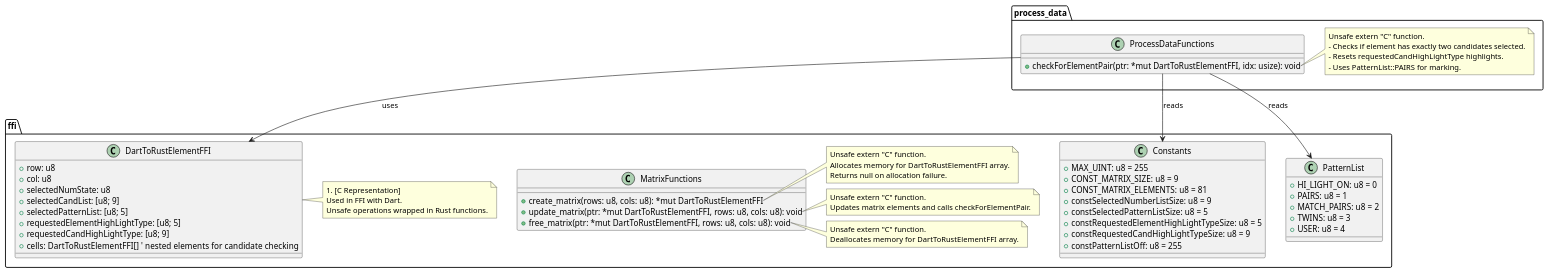
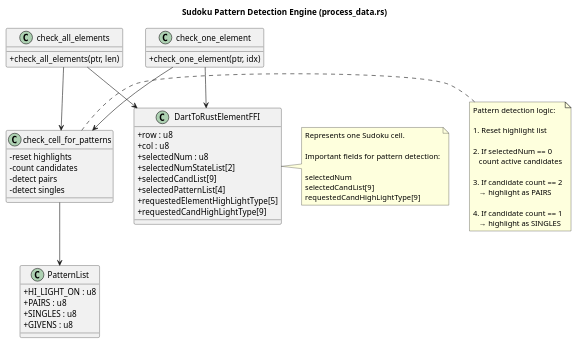
One commit to MirkoThulke/Dart_Flutter_Sudoku changed the diagram in rust/rust_lib/src/process_data.puml. Above: the diagram before and after it, drawn with PlantUML. The commit also changed 42 other files, not shown here.

Commit message:
Doc: PlantUml update

```diff
--- a/rust/rust_lib/src/process_data.puml
+++ b/rust/rust_lib/src/process_data.puml
@@ -1,85 +1,93 @@
 @startuml
+title Sudoku Pattern Detection Engine (process_data.rs)
 
-package ffi {
+skinparam classAttributeIconSize 0
+skinparam shadowing false
 
-  ' FFI struct representing a matrix element
-  class DartToRustElementFFI {
-    +row: u8
-    +col: u8
-    +selectedNumState: u8
-    +selectedCandList: [u8; 9]
-    +selectedPatternList: [u8; 5]
-    +requestedElementHighLightType: [u8; 5]
-    +requestedCandHighLightType: [u8; 9]
-    +cells: DartToRustElementFFI[]  ' nested elements for candidate checking
-  }
+' =========================================================
+' FFI DATA STRUCTURE
+' =========================================================
 
-  note right of DartToRustElementFFI
-    #[C Representation]
-    Used in FFI with Dart.
-    Unsafe operations wrapped in Rust functions.
-  end note
-
-  class Constants {
-    +MAX_UINT: u8 = 255
-    +CONST_MATRIX_SIZE: u8 = 9
-    +CONST_MATRIX_ELEMENTS: u8 = 81
-    +constSelectedNumberListSize: u8 = 9
-    +constSelectedPatternListSize: u8 = 5
-    +constRequestedElementHighLightTypeSize: u8 = 5
-    +constRequestedCandHighLightTypeSize: u8 = 9
-    +constPatternListOff: u8 = 255
-  }
-
-  class PatternList {
-    +HI_LIGHT_ON: u8 = 0
-    +PAIRS: u8 = 1
-    +MATCH_PAIRS: u8 = 2
-    +TWINS: u8 = 3
-    +USER: u8 = 4
-  }
-
-  class MatrixFunctions {
-    +create_matrix(rows: u8, cols: u8): *mut DartToRustElementFFI
-    +update_matrix(ptr: *mut DartToRustElementFFI, rows: u8, cols: u8): void
-    +free_matrix(ptr: *mut DartToRustElementFFI, rows: u8, cols: u8): void
-  }
-
-  note right of MatrixFunctions::create_matrix
-    Unsafe extern "C" function.
-    Allocates memory for DartToRustElementFFI array.
-    Returns null on allocation failure.
-  end note
-
-  note right of MatrixFunctions::update_matrix
-    Unsafe extern "C" function.
-    Updates matrix elements and calls checkForElementPair.
-  end note
-
-  note right of MatrixFunctions::free_matrix
-    Unsafe extern "C" function.
-    Deallocates memory for DartToRustElementFFI array.
-  end note
+class DartToRustElementFFI {
+  + row : u8
+  + col : u8
+  + selectedNum : u8
+  + selectedNumStateList[2]
+  + selectedCandList[9]
+  + selectedPatternList[4]
+  + requestedElementHighLightType[5]
+  + requestedCandHighLightType[9]
 }
 
-package process_data {
+note right of DartToRustElementFFI
+Represents one Sudoku cell.
 
-  class ProcessDataFunctions {
-    +checkForElementPair(ptr: *mut DartToRustElementFFI, idx: usize): void
-  }
+Important fields for pattern detection:
 
-  note right of ProcessDataFunctions::checkForElementPair
-    Unsafe extern "C" function.
-    - Checks if element has exactly two candidates selected.
-    - Resets requestedCandHighLightType highlights.
-    - Uses PatternList::PAIRS for marking.
-  end note
+selectedNum
+selectedCandList[9]
+requestedCandHighLightType[9]
+end note
 
-  ' Show dependency on FFI types
-  ProcessDataFunctions --> DartToRustElementFFI : uses
-  ProcessDataFunctions --> PatternList : reads
-  ProcessDataFunctions --> Constants : reads
 
+' =========================================================
+' PATTERN CONSTANTS
+' =========================================================
+
+class PatternList {
+  + HI_LIGHT_ON : u8
+  + PAIRS : u8
+  + SINGLES : u8
+  + GIVENS : u8
 }
 
+
+' =========================================================
+' PUBLIC FFI FUNCTIONS
+' =========================================================
+
+class check_all_elements {
+  + check_all_elements(ptr, len)
+}
+
+class check_one_element {
+  + check_one_element(ptr, idx)
+}
+
+
+' =========================================================
+' INTERNAL LOGIC
+' =========================================================
+
+class check_cell_for_patterns {
+  - reset highlights
+  - count candidates
+  - detect pairs
+  - detect singles
+}
+
+check_all_elements --> DartToRustElementFFI
+check_one_element --> DartToRustElementFFI
+
+check_all_elements --> check_cell_for_patterns
+check_one_element --> check_cell_for_patterns
+
+check_cell_for_patterns --> PatternList
+
+
+note right of check_cell_for_patterns
+Pattern detection logic:
+
+1. Reset highlight list
+
+2. If selectedNum == 0
+   count active candidates
+
+3. If candidate count == 2
+   → highlight as PAIRS
+
+4. If candidate count == 1
+   → highlight as SINGLES
+end note
+
 @enduml
```
